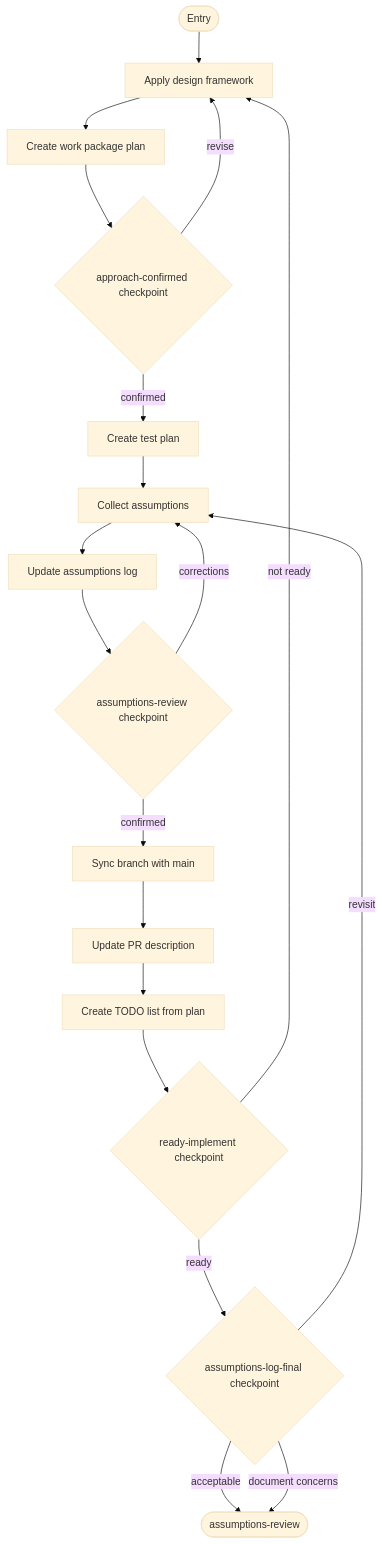
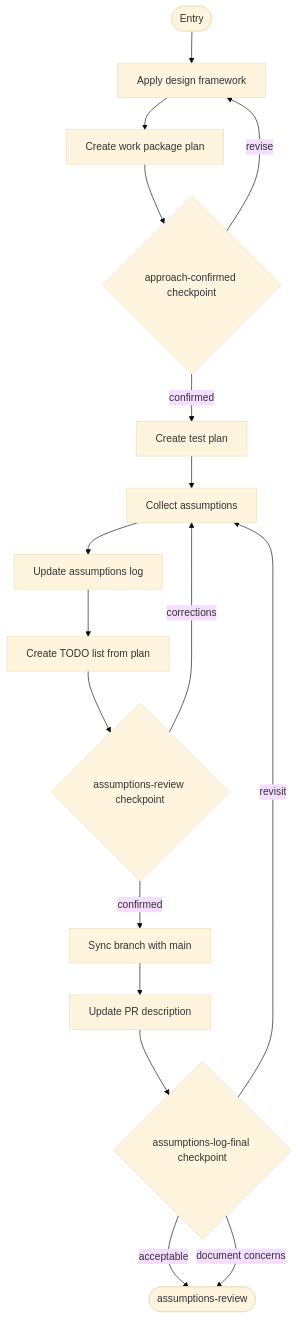
One commit to m2ux/workflow-server changed the sixth of 13 diagrams in work-package/activities/README.md. Above: the diagram before and after it, drawn with Mermaid (base theme). The commit also changed other lines of this file, not shown here.

Commit message:
docs(work-package): update plan-prepare README to remove ready-implement checkpoint

````diff
--- a/work-package/activities/README.md
+++ b/work-package/activities/README.md
@@ -359,24 +358,22 @@
 ```mermaid
 graph TD
     entryNode(["Entry"]) --> applyDesign["Apply design framework"]
     applyDesign --> createPlan["Create work package plan"]
     createPlan --> cpApproach{"approach-confirmed checkpoint"}
     cpApproach -->|"confirmed"| createTestPlan["Create test plan"]
     cpApproach -->|"revise"| applyDesign
 
     createTestPlan --> collectAssumptions["Collect assumptions"]
     collectAssumptions --> updateLog["Update assumptions log"]
-    updateLog --> cpAssumptions{"assumptions-review checkpoint"}
+    updateLog --> createTodos["Create TODO list from plan"]
+    createTodos --> cpAssumptions{"assumptions-review checkpoint"}
     cpAssumptions -->|"confirmed"| syncBranch["Sync branch with main"]
     cpAssumptions -->|"corrections"| collectAssumptions
 
     syncBranch --> updatePR["Update PR description"]
-    updatePR --> createTodos["Create TODO list from plan"]
-    createTodos --> cpReady{"ready-implement checkpoint"}
-    cpReady -->|"ready"| cpFinal{"assumptions-log-final checkpoint"}
-    cpReady -->|"not ready"| applyDesign
+    updatePR --> cpFinal{"assumptions-log-final checkpoint"}
 
     cpFinal -->|"acceptable"| exitNode(["assumptions-review"])
     cpFinal -->|"revisit"| collectAssumptions
     cpFinal -->|"document concerns"| exitNode
 ```
````
